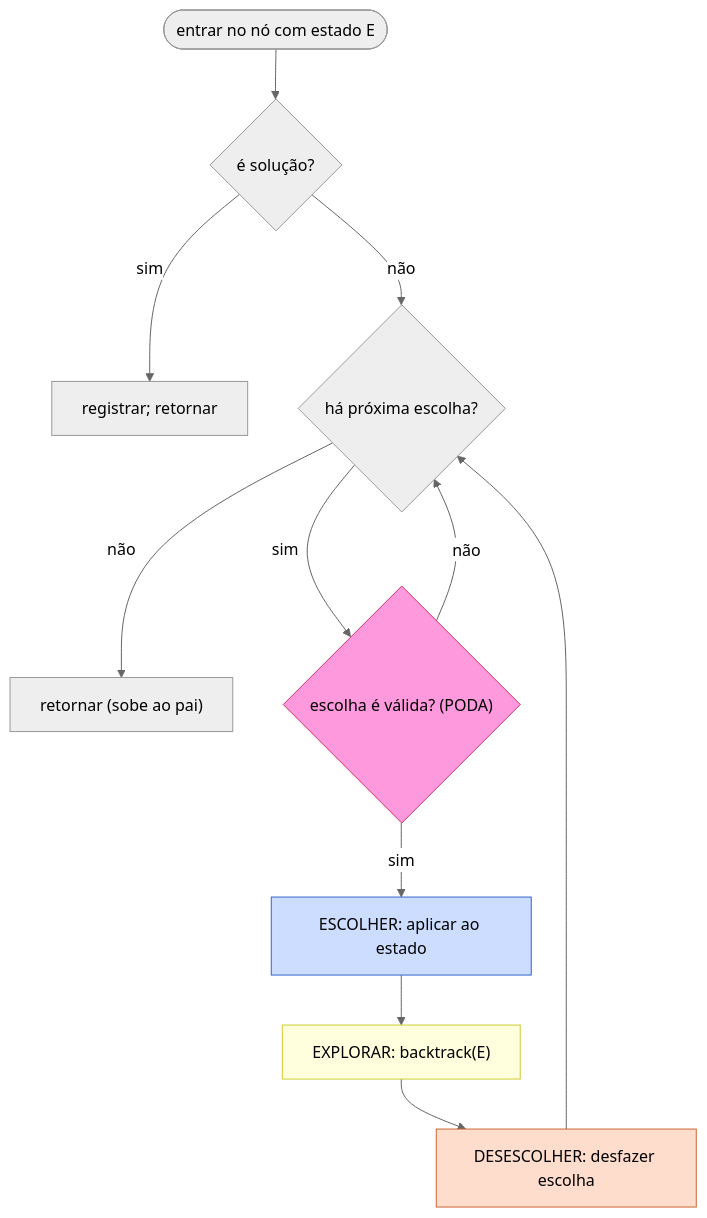
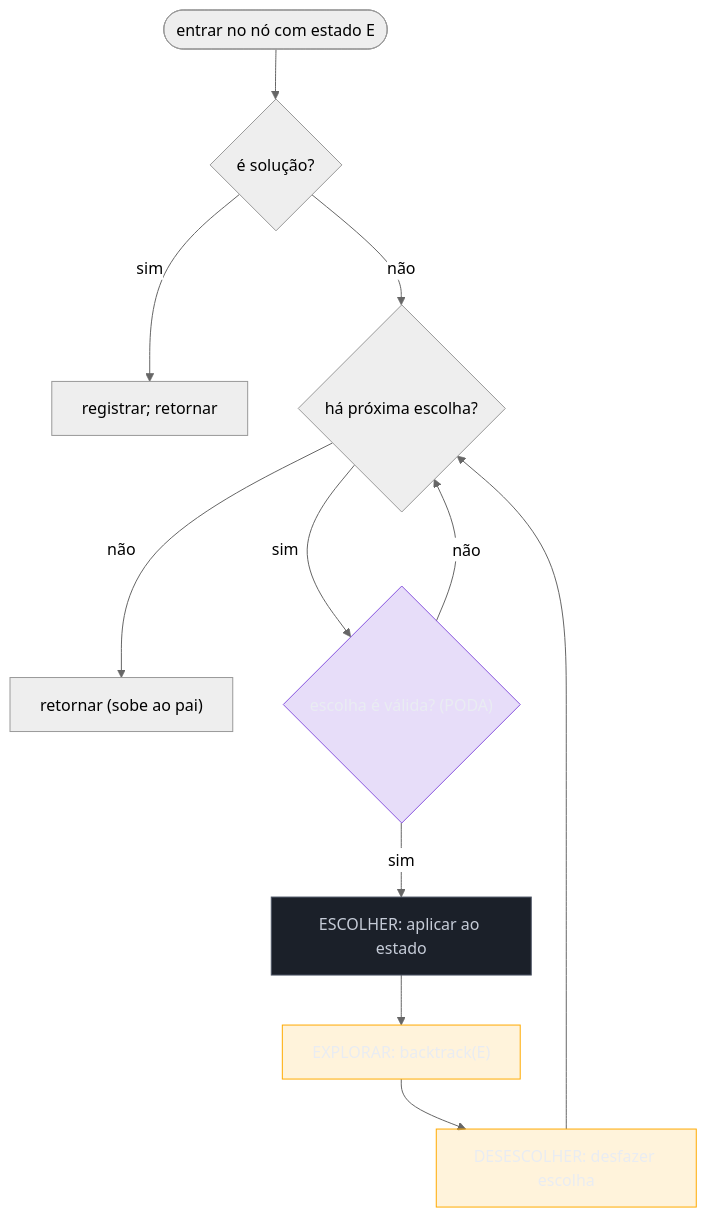
Before and after one commit to josenaldo/codex-technomanticus: the second of 6 diagrams in 03-Dominios/Ciência/Algoritmos/12 - Backtracking.md, drawn with Mermaid (neutral theme). The commit also changed other lines of this file and 1181 other files, not shown here.

First line of the commit message:
fix(diagramas): paleta do sistema no lugar de cor cravada no markdown

````diff
--- a/03-Dominios/Ciência/Algoritmos/12 - Backtracking.md
+++ b/03-Dominios/Ciência/Algoritmos/12 - Backtracking.md
@@ -102,18 +104,21 @@
 ```mermaid
 flowchart TD
+    classDef neutro fill:#1B2029,stroke:#4E5666,color:#C6CCD8
+    classDef destaque fill:#FFAA0024,stroke:#FFAA00,color:#E9ECF2
+    classDef marca fill:#8855DF33,stroke:#8855DF,color:#E9ECF2
     Start(["entrar no nó com estado E"]) --> Goal{"é solução?"}
     Goal -- "sim" --> Reg["registrar; retornar"]
     Goal -- "não" --> Loop{"há próxima escolha?"}
     Loop -- "não" --> Ret["retornar (sobe ao pai)"]
     Loop -- "sim" --> Valid{"escolha é válida? (PODA)"}
     Valid -- "não" --> Loop
     Valid -- "sim" --> Apply["ESCOLHER: aplicar ao estado"]
     Apply --> Rec["EXPLORAR: backtrack(E)"]
     Rec --> Undo["DESESCOLHER: desfazer escolha"]
     Undo --> Loop
 
-    style Apply fill:#cdf,stroke:#36c
-    style Rec fill:#ffd,stroke:#cc3
-    style Undo fill:#fdc,stroke:#c63
-    style Valid fill:#f9d,stroke:#c36
+    class Apply neutro
+    class Rec destaque
+    class Undo destaque
+    class Valid marca
 ```
````
